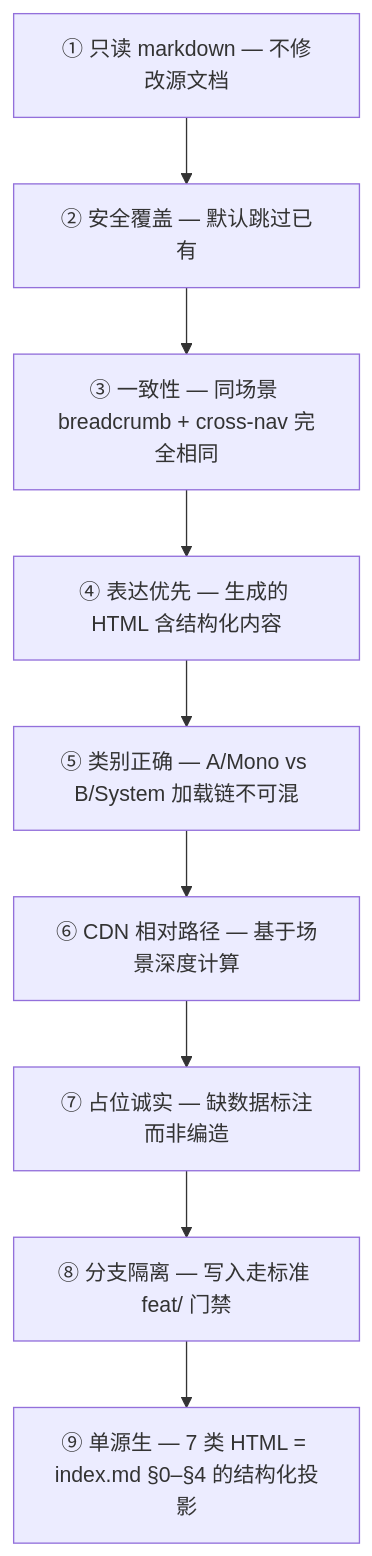
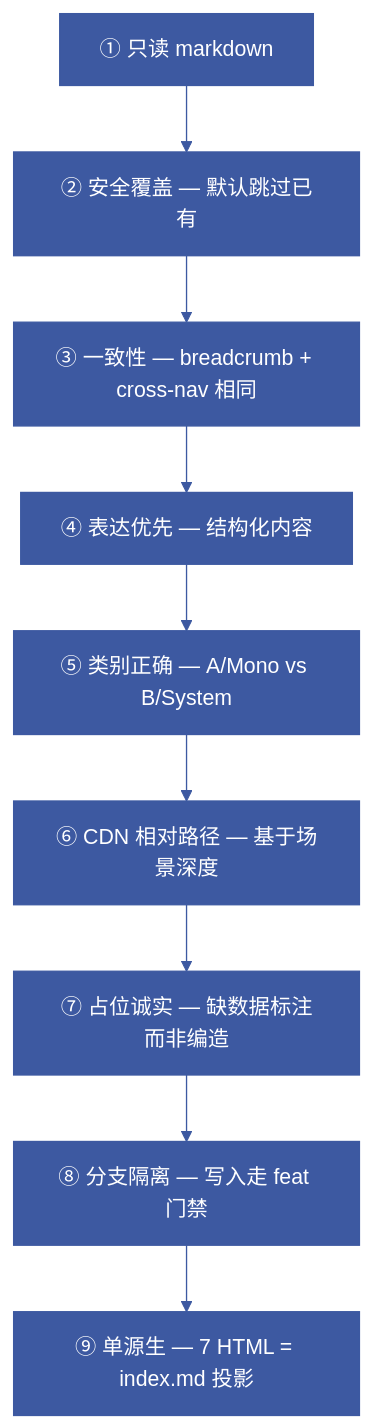
One commit to effiy/YrY changed the sixth of 7 diagrams in skills/rui-html/SKILL.md. Above: the diagram before and after it, drawn with Mermaid. The commit also changed other lines of this file and 1028 other files, not shown here.

````diff
--- a/skills/rui-html/SKILL.md
+++ b/skills/rui-html/SKILL.md
@@ -221,10 +277,21 @@
 ```mermaid
+%%{init: {'theme': 'base', 'themeVariables': {
+  'primaryColor': '#1e1f2b',
+  'primaryTextColor': '#a9b1d6',
+  'primaryBorderColor': '#3d59a1',
+  'lineColor': '#3d59a1',
+  'secondaryColor': '#2b2d3b',
+  'tertiaryColor': '#21232f'
+}}}%%
 flowchart TD
-    R1["① 只读 markdown — 不修改源文档"]:::rule --> R2["② 安全覆盖 — 默认跳过已有"]:::rule
-    R2 --> R3["③ 一致性 — 同场景 breadcrumb + cross-nav 完全相同"]:::rule
-    R3 --> R4["④ 表达优先 — 生成的 HTML 含结构化内容"]:::rule
-    R4 --> R5["⑤ 类别正确 — A/Mono vs B/System 加载链不可混"]:::rule
-    R5 --> R6["⑥ CDN 相对路径 — 基于场景深度计算"]:::rule
-    R6 --> R7["⑦ 占位诚实 — 缺数据标注而非编造"]:::rule --> R8["⑧ 分支隔离 — 写入走标准 feat/<name> 门禁"]:::rule
-    R8 --> R9["⑨ 单源生 — 7 类 HTML = index.md §0–§4 的结构化投影"]:::rule
+    R1["① 只读 markdown"]:::rule --> R2["② 安全覆盖 — 默认跳过已有"]:::rule
+    R2 --> R3["③ 一致性 — breadcrumb + cross-nav 相同"]:::rule
+    R3 --> R4["④ 表达优先 — 结构化内容"]:::rule
+    R4 --> R5["⑤ 类别正确 — A/Mono vs B/System"]:::rule
+    R5 --> R6["⑥ CDN 相对路径 — 基于场景深度"]:::rule
+    R6 --> R7["⑦ 占位诚实 — 缺数据标注而非编造"]:::rule
+    R7 --> R8["⑧ 分支隔离 — 写入走 feat 门禁"]:::rule
+    R8 --> R9["⑨ 单源生 — 7 HTML = index.md 投影"]:::rule
+
+    classDef rule fill:#3d59a1,color:#fff
 ```
````
